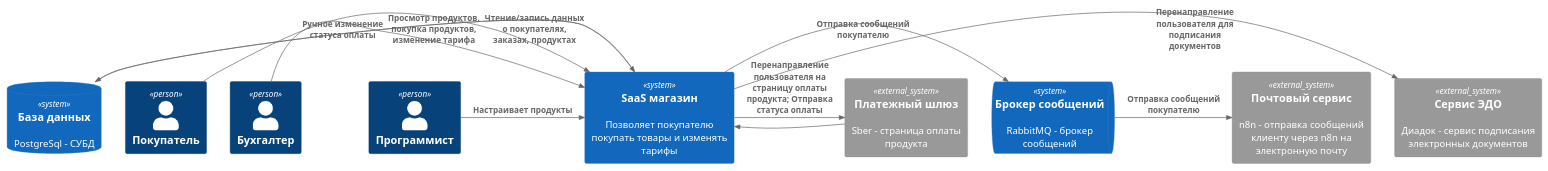
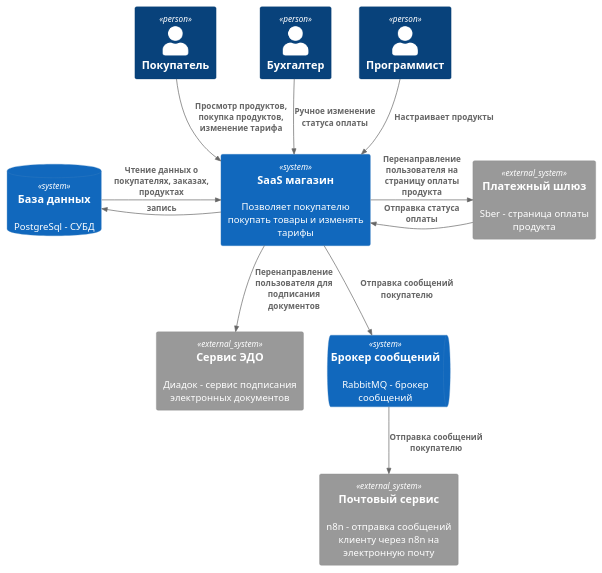
One commit to kelvionald/saas-shop changed the diagram in docs/c4/1.context.puml. Above: the diagram before and after it, drawn with PlantUML. The commit also changed 1 other file, not shown here.

```diff
--- a/docs/c4/1.context.puml
+++ b/docs/c4/1.context.puml
@@ -1,30 +1,30 @@
 @startuml
 !include https://raw.githubusercontent.com/plantuml-stdlib/C4-PlantUML/master/C4_Context.puml
 
 AddElementTag("fallback", $bgColor="#444444")
 
 
 Person(user_customer, "Покупатель")
 Person(user_accountant, "Бухгалтер")
 Person(user_programmer, "Программист")
 
 System(system_shop, "SaaS магазин", "Позволяет покупателю покупать товары и изменять тарифы")
 
 System_Ext(system_email, "Почтовый сервис", "n8n - отправка сообщений клиенту через n8n на электронную почту")
 System_Ext(system_bank, "Платежный шлюз", "Sber - страница оплаты продукта")
 System_Ext(system_docs, "Сервис ЭДО", "Диадок - сервис подписания электронных документов")
 SystemQueue(system_queue, "Брокер сообщений", "RabbitMQ - брокер сообщений")
 SystemDb(system_db, "База данных", "PostgreSql - СУБД")
 
-Rel_R(system_db, system_shop, "Чтение/запись данных о покупателях, заказах, продуктах", "")
-Rel_R(system_shop, system_db, "", "")
-Rel_R(user_customer, system_shop, "Просмотр продуктов, покупка продуктов, изменение тарифа", "")
-Rel_R(user_accountant, system_shop, "Ручное изменение статуса оплаты", "")
-Rel_R(user_programmer, system_shop, "Настраивает продукты", "")
-Rel_R(system_shop, system_queue, "Отправка сообщений покупателю", "")
-Rel_R(system_queue, system_email, "Отправка сообщений покупателю", "")
-Rel_R(system_shop, system_bank, "Перенаправление пользователя на страницу оплаты продукта; Отправка статуса оплаты", "")
-Rel_R(system_bank, system_shop, "", "")
-Rel_R(system_shop, system_docs, "Перенаправление пользователя для подписания документов", "")
+Rel_R(system_db, system_shop, "Чтение данных о покупателях, заказах, продуктах")
+Rel_R(system_shop, system_db, "запись")
+Rel(user_customer, system_shop, "Просмотр продуктов, покупка продуктов, изменение тарифа")
+Rel(user_accountant, system_shop, "Ручное изменение статуса оплаты")
+Rel(user_programmer, system_shop, "Настраивает продукты")
+Rel(system_shop, system_queue, "Отправка сообщений покупателю")
+Rel(system_queue, system_email, "Отправка сообщений покупателю")
+Rel_R(system_shop, system_bank, "Перенаправление пользователя на страницу оплаты продукта")
+Rel_R(system_bank, system_shop, "Отправка статуса оплаты")
+Rel(system_shop, system_docs, "Перенаправление пользователя для подписания документов")
 
 @enduml
```
